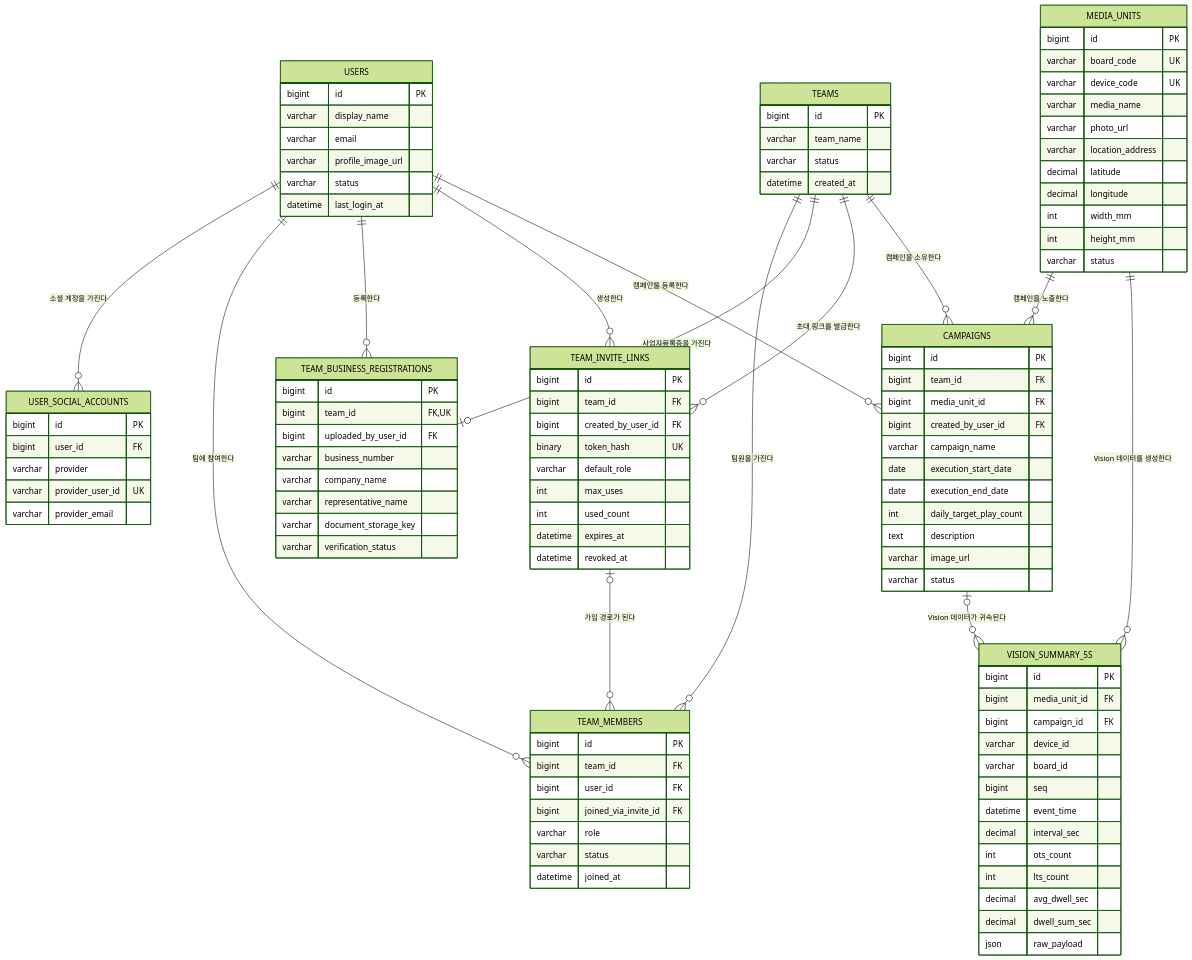
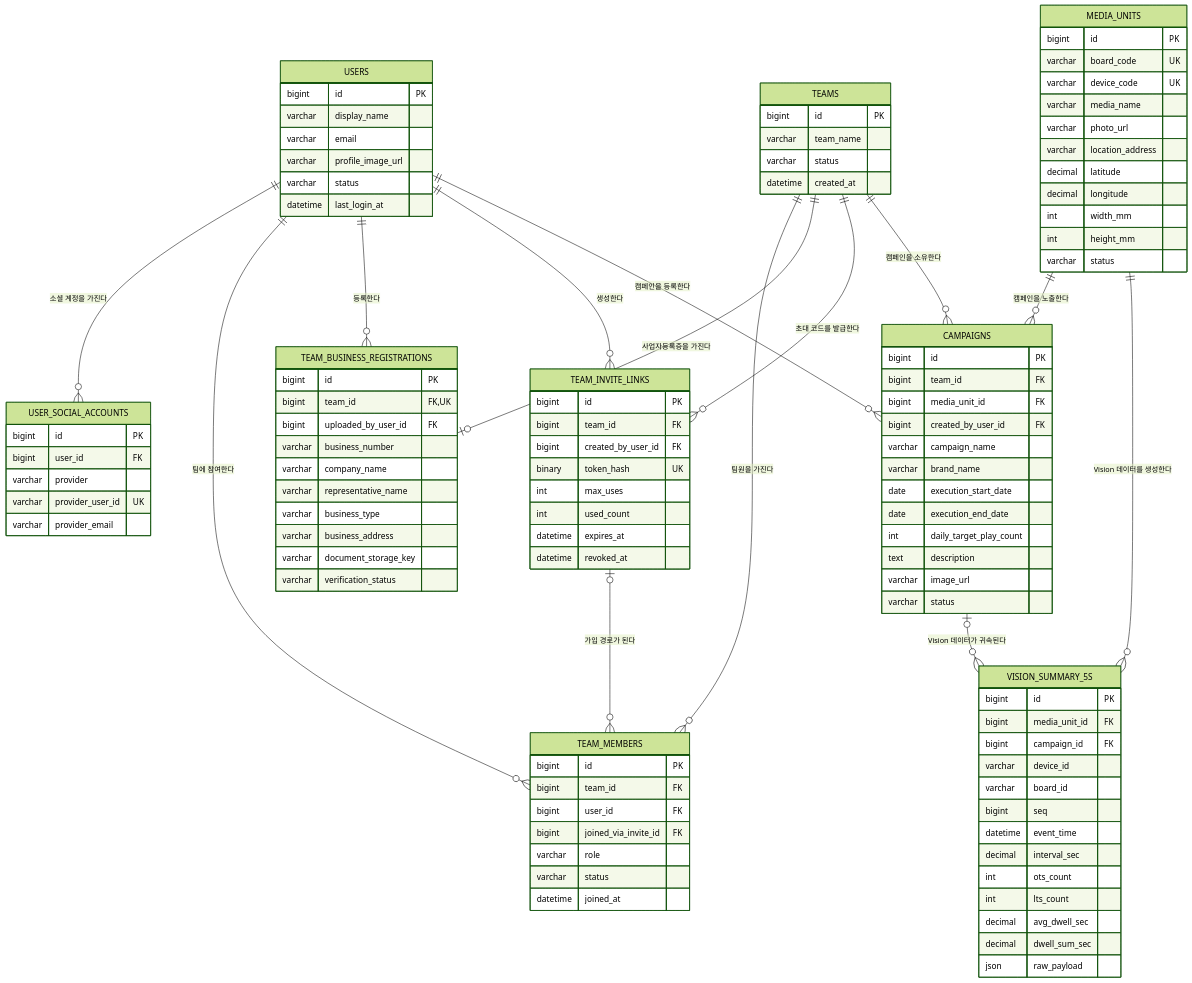
Before and after one commit to Shinhan-KLLJS/backend: the diagram in docs/mvp-database-erd.md, drawn with Mermaid (forest theme). The commit also changed other lines of this file and 6 other files, not shown here.

```diff
--- a/docs/mvp-database-erd.md
+++ b/docs/mvp-database-erd.md
@@ -38,7 +38,7 @@
     TEAMS ||--o| TEAM_BUSINESS_REGISTRATIONS : "사업자등록증을 가진다"
     USERS ||--o{ TEAM_BUSINESS_REGISTRATIONS : "등록한다"
 
-    TEAMS ||--o{ TEAM_INVITE_LINKS : "초대 링크를 발급한다"
+    TEAMS ||--o{ TEAM_INVITE_LINKS : "초대 코드를 발급한다"
     USERS ||--o{ TEAM_INVITE_LINKS : "생성한다"
     TEAM_INVITE_LINKS o|--o{ TEAM_MEMBERS : "가입 경로가 된다"
 
@@ -90,6 +90,8 @@
         varchar business_number
         varchar company_name
         varchar representative_name
+        varchar business_type
+        varchar business_address
         varchar document_storage_key
         varchar verification_status
     }
@@ -99,7 +101,6 @@
         bigint team_id FK
         bigint created_by_user_id FK
         binary token_hash UK
-        varchar default_role
         int max_uses
         int used_count
         datetime expires_at
@@ -126,6 +127,7 @@
         bigint media_unit_id FK
         bigint created_by_user_id FK
         varchar campaign_name
+        varchar brand_name
         date execution_start_date
         date execution_end_date
         int daily_target_play_count
```
